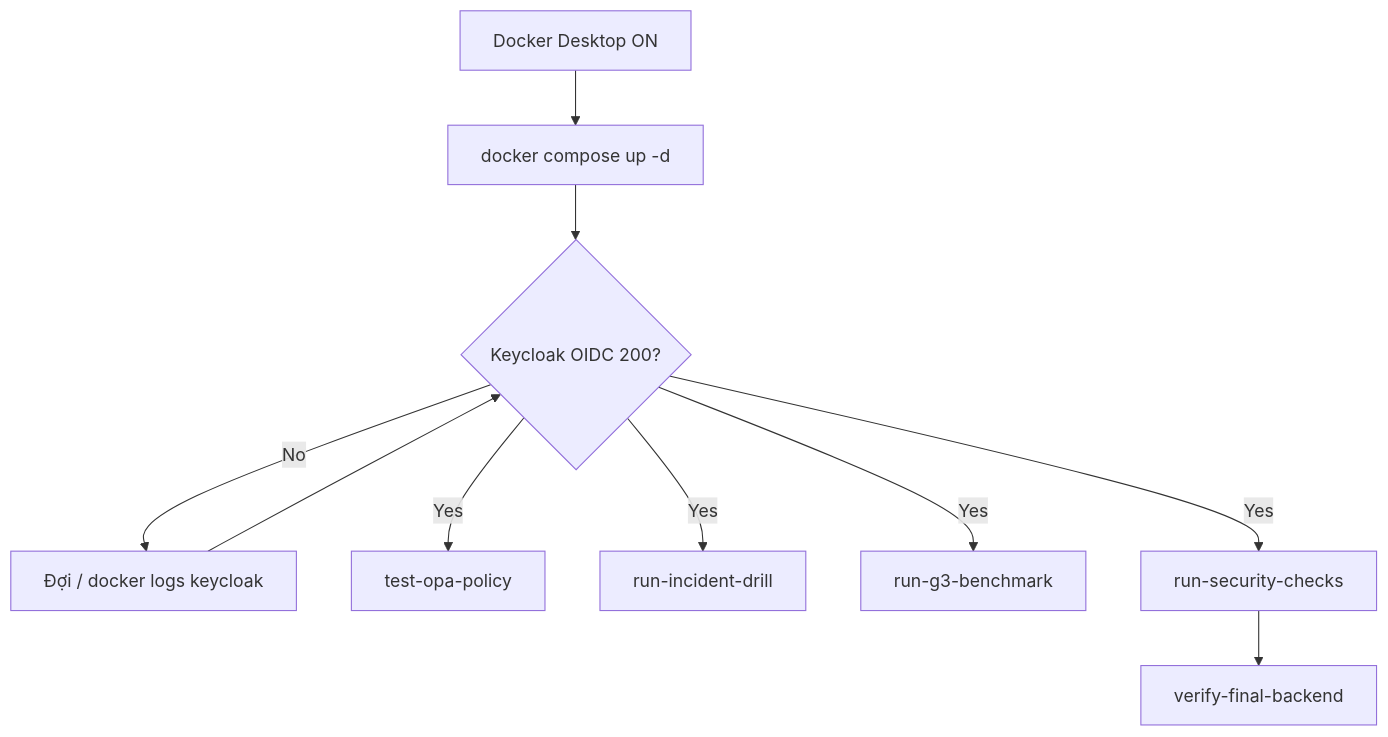
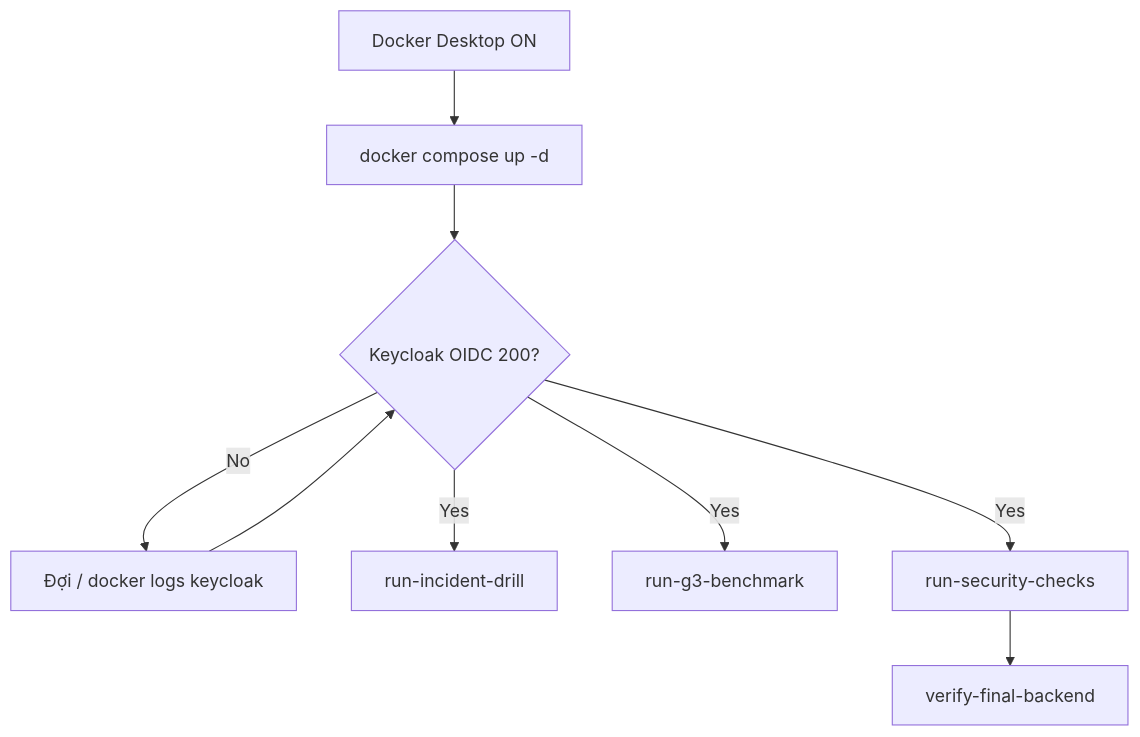
One commit to ntd4nh/NT219.Q22.ANTT changed the diagram in docs/RUNBOOK.md. Above: the diagram before and after it, drawn with Mermaid. The commit also changed other lines of this file and 25 other files, not shown here.

````diff
--- a/docs/RUNBOOK.md
+++ b/docs/RUNBOOK.md
@@ -398,12 +403,11 @@
 ```mermaid
 flowchart TD
   A[Docker Desktop ON] --> B[docker compose up -d]
   B --> C{Keycloak OIDC 200?}
   C -->|No| W[Đợi / docker logs keycloak]
   W --> C
-  C -->|Yes| D[test-opa-policy]
   C -->|Yes| E[run-incident-drill]
   C -->|Yes| F[run-g3-benchmark]
   C -->|Yes| G[run-security-checks]
   G --> H[verify-final-backend]
 ```
````
